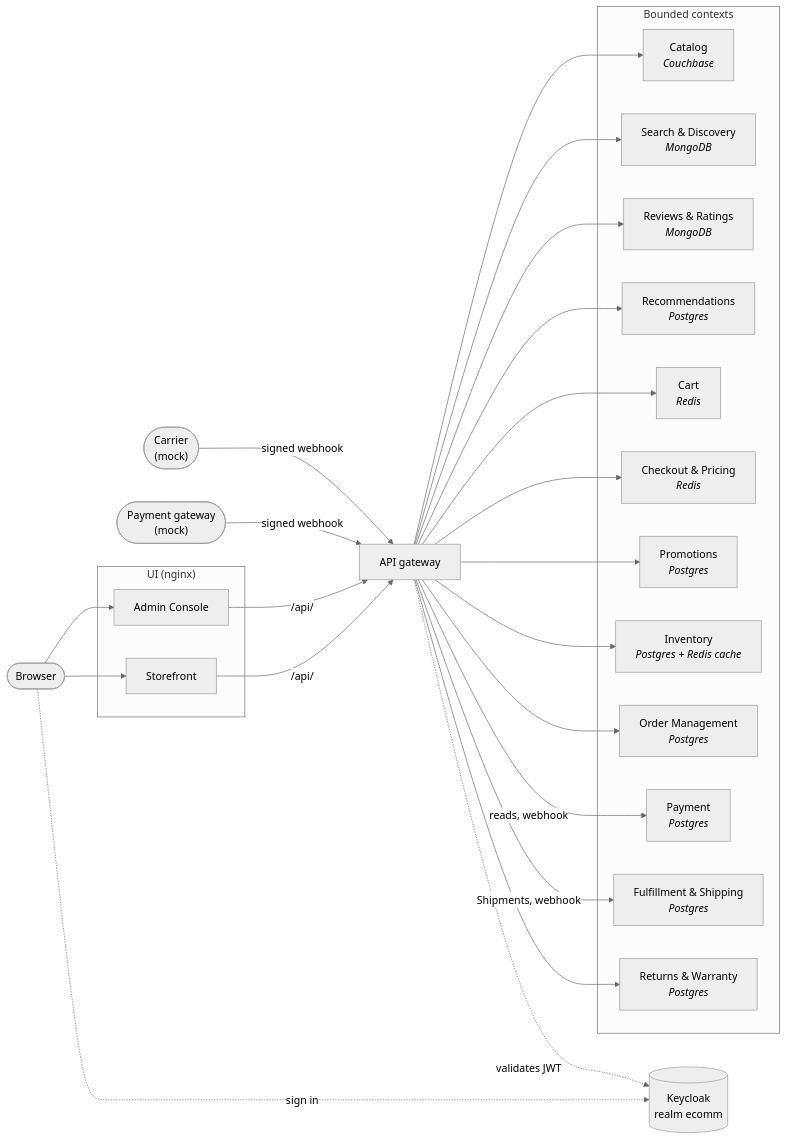
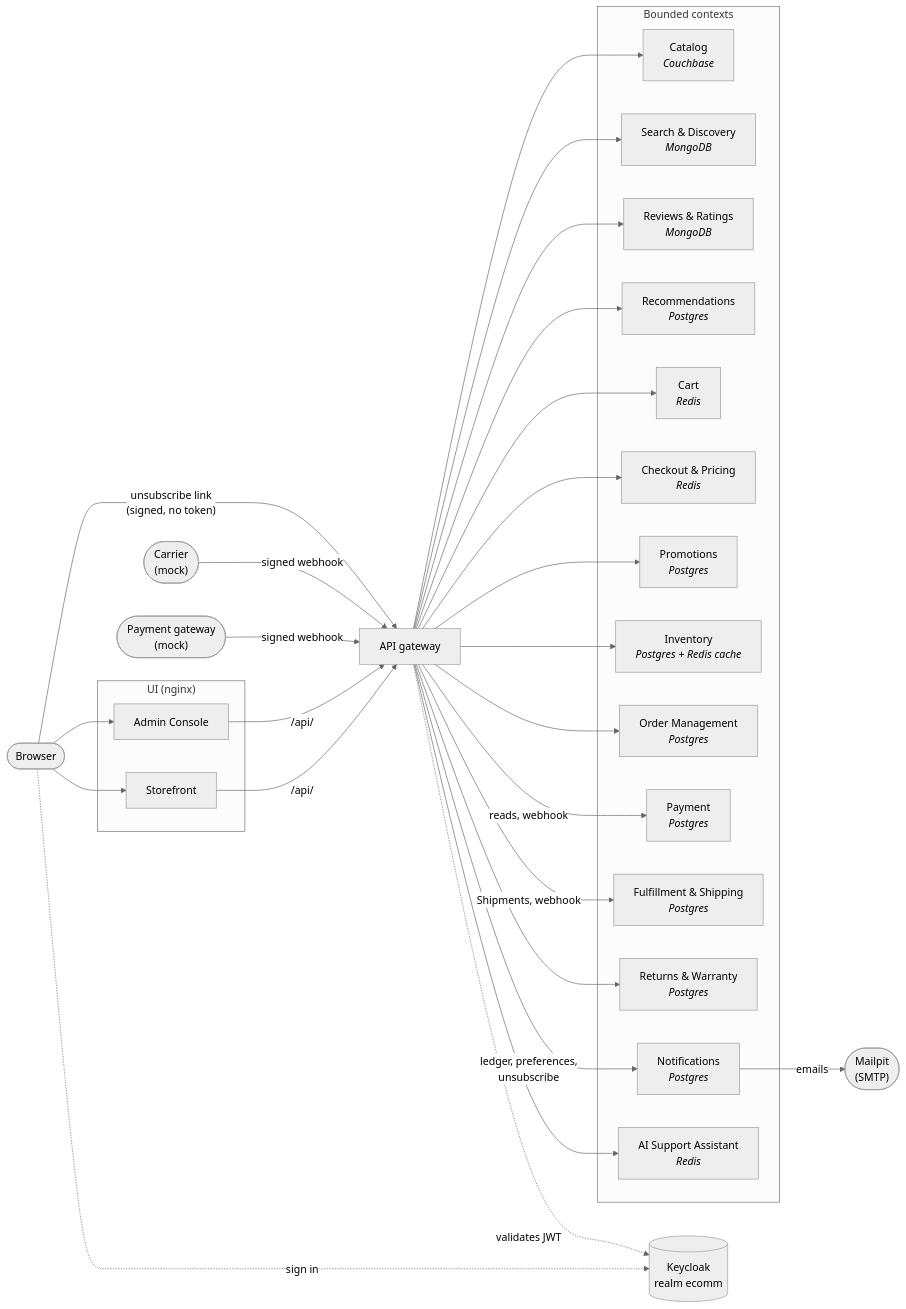
Before and after one commit to ondokuzz/ecomm: the first of 6 diagrams in docs/architecture.md, drawn with Mermaid (neutral theme). The commit also changed other lines of this file, not shown here.

First line of the commit message:
Architecture: Notifications, the Support Assistant and Coupon redemption, as of Sprint 8

````diff
--- a/docs/architecture.md
+++ b/docs/architecture.md
@@ -18,40 +21,47 @@
 ```mermaid
 flowchart LR
   browser(["Browser"])
 
   subgraph ui["UI (nginx)"]
     storefront["Storefront"]
     admin["Admin Console"]
   end
 
   gateway["API gateway"]
   keycloak[("Keycloak<br/>realm ecomm")]
   bank(["Payment gateway<br/>(mock)"])
   carrier(["Carrier<br/>(mock)"])
 
   subgraph contexts["Bounded contexts"]
     catalog["Catalog<br/><i>Couchbase</i>"]
     search["Search & Discovery<br/><i>MongoDB</i>"]
     reviews["Reviews & Ratings<br/><i>MongoDB</i>"]
     recs["Recommendations<br/><i>Postgres</i>"]
     cart["Cart<br/><i>Redis</i>"]
     checkout["Checkout & Pricing<br/><i>Redis</i>"]
     promotions["Promotions<br/><i>Postgres</i>"]
     inventory["Inventory<br/><i>Postgres + Redis cache</i>"]
     orders["Order Management<br/><i>Postgres</i>"]
     payment["Payment<br/><i>Postgres</i>"]
     fulfillment["Fulfillment & Shipping<br/><i>Postgres</i>"]
     returns["Returns & Warranty<br/><i>Postgres</i>"]
+    notifications["Notifications<br/><i>Postgres</i>"]
+    assistant["AI Support Assistant<br/><i>Redis</i>"]
   end
+
+  mailpit(["Mailpit<br/>(SMTP)"])
 
   browser --> storefront & admin
   browser -. sign in .-> keycloak
   storefront & admin -- "/api/" --> gateway
   gateway -. validates JWT .-> keycloak
 
-  gateway --> catalog & search & reviews & recs & cart & checkout & promotions & inventory & orders & returns
+  gateway --> catalog & search & reviews & recs & cart & checkout & promotions & inventory & orders & returns & assistant
   bank -- "signed webhook" --> gateway
   carrier -- "signed webhook" --> gateway
+  browser -- "unsubscribe link<br/>(signed, no token)" --> gateway
   gateway -- "reads, webhook" --> payment
   gateway -- "Shipments, webhook" --> fulfillment
+  gateway -- "ledger, preferences,<br/>unsubscribe" --> notifications
+  notifications -- emails --> mailpit
 ```
````
